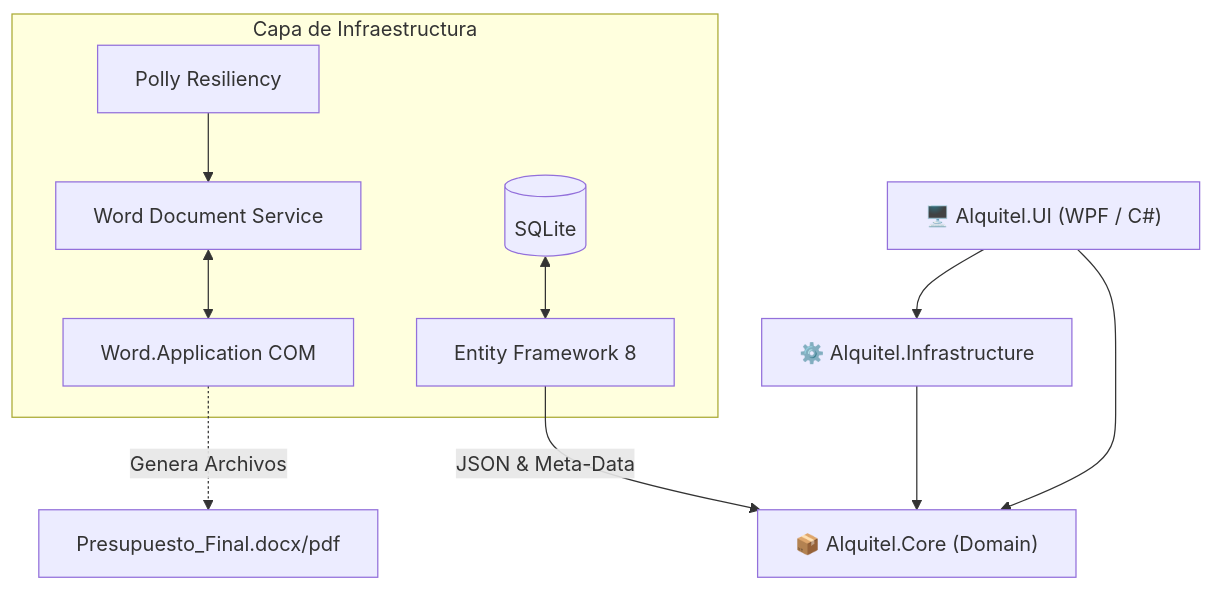
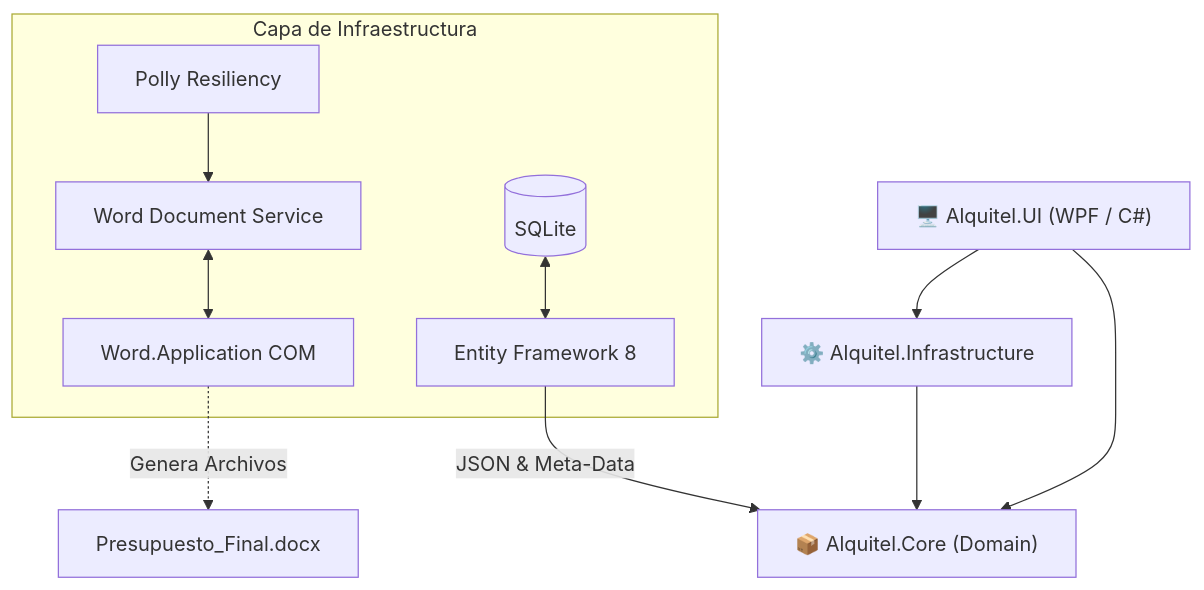
Before and after one commit to DekelUsach/Alquitel: the first of 2 diagrams in README.md, drawn with Mermaid. The commit also changed other lines of this file and 18 other files, not shown here.

````diff
--- a/README.md
+++ b/README.md
@@ -86,15 +76,15 @@
 ```mermaid
 graph TD
     UI["🖥️ Alquitel.UI (WPF / C#)"] --> Core["📦 Alquitel.Core (Domain)"]
     Infra["⚙️ Alquitel.Infrastructure"] --> Core
     UI --> Infra
     
     subgraph Capa de Infraestructura
         DB[(SQLite)] <--> EF["Entity Framework 8"]
         Word["Word Document Service"] <--> COM["Word.Application COM"]
         Polly["Polly Resiliency"] --> Word
     end
     
     EF --> |JSON & Meta-Data| Core
-    COM -.-> |Genera Archivos| Docs["Presupuesto_Final.docx/pdf"]
+    COM -.-> |Genera Archivos| Docs["Presupuesto_Final.docx"]
 ```
````
